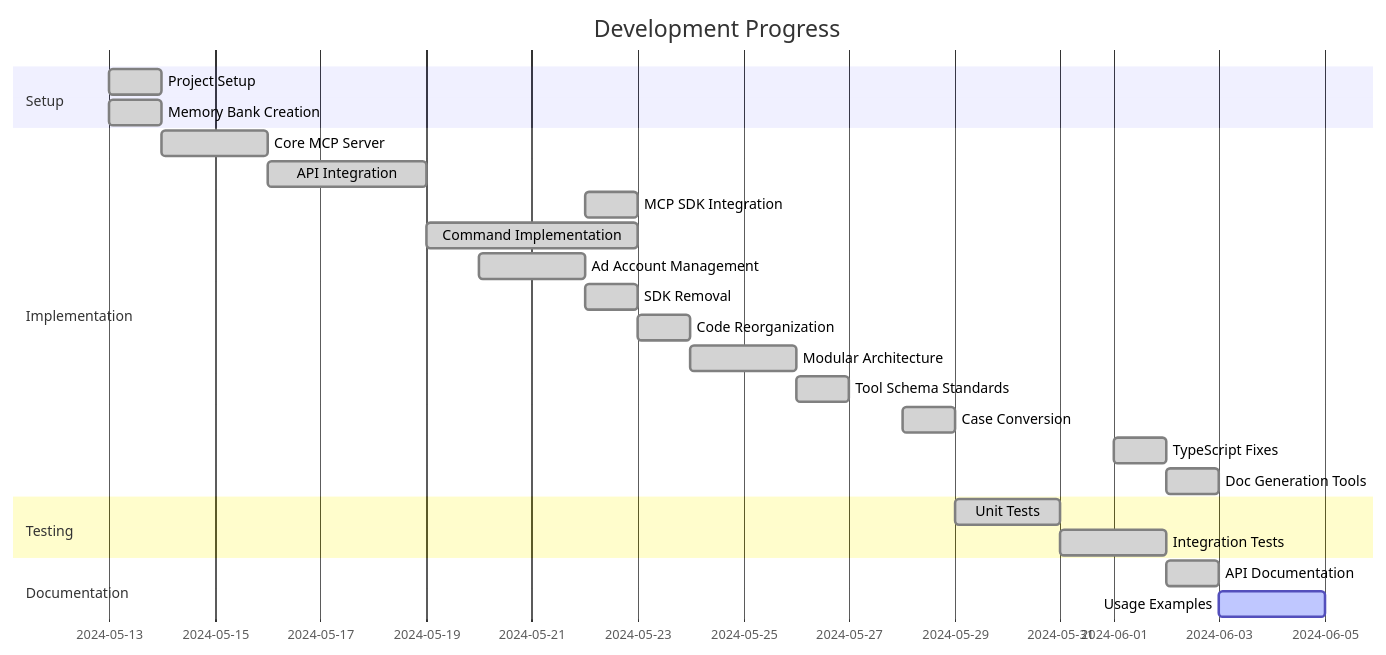
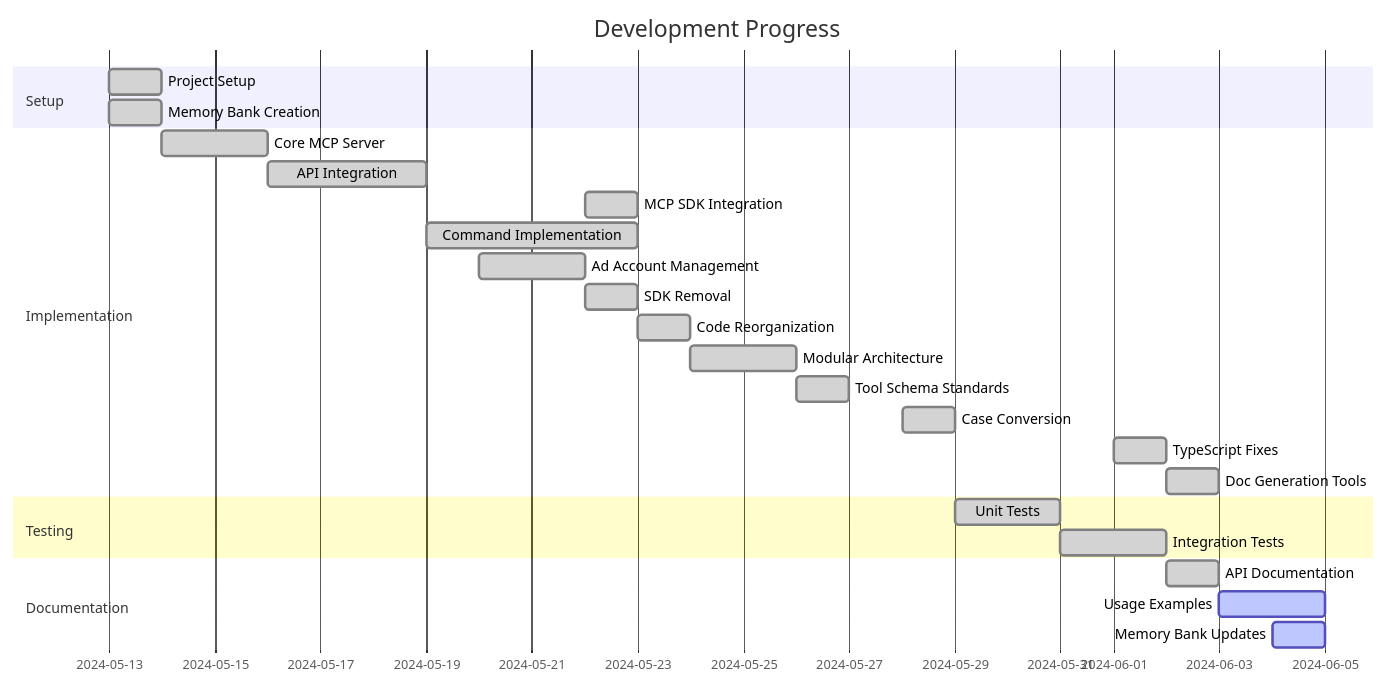
The diagram in memory-bank/activeContext.md (hafidsousa/meta-mcp), drawn with Mermaid before and after one commit. The commit also changed other lines of this file and 45 other files, not shown here.

````diff
--- a/memory-bank/activeContext.md
+++ b/memory-bank/activeContext.md
@@ -82,27 +82,28 @@
 ```mermaid
 gantt
     title Development Progress
     dateFormat  YYYY-MM-DD
     section Setup
     Project Setup           :done, 2024-05-13, 1d
     Memory Bank Creation    :done, 2024-05-13, 1d
     section Implementation
     Core MCP Server        :done, 2024-05-14, 2d
     API Integration        :done, 2024-05-16, 3d
     MCP SDK Integration    :done, 2024-05-22, 1d
     Command Implementation :done, 2024-05-19, 4d
     Ad Account Management  :done, 2024-05-20, 2d
     SDK Removal            :done, 2024-05-22, 1d
     Code Reorganization    :done, 2024-05-23, 1d
     Modular Architecture   :done, 2024-05-24, 2d
     Tool Schema Standards  :done, 2024-05-26, 1d
     Case Conversion        :done, 2024-05-28, 1d
     TypeScript Fixes       :done, 2024-06-01, 1d
     Doc Generation Tools   :done, 2024-06-02, 1d
     section Testing
     Unit Tests            :done, 2024-05-29, 2d
     Integration Tests     :done, 2024-05-31, 2d
     section Documentation
     API Documentation     :done, 2024-06-02, 1d
     Usage Examples        :active, 2024-06-03, 2d
+    Memory Bank Updates   :active, 2024-06-04, 1d
 ```
````
